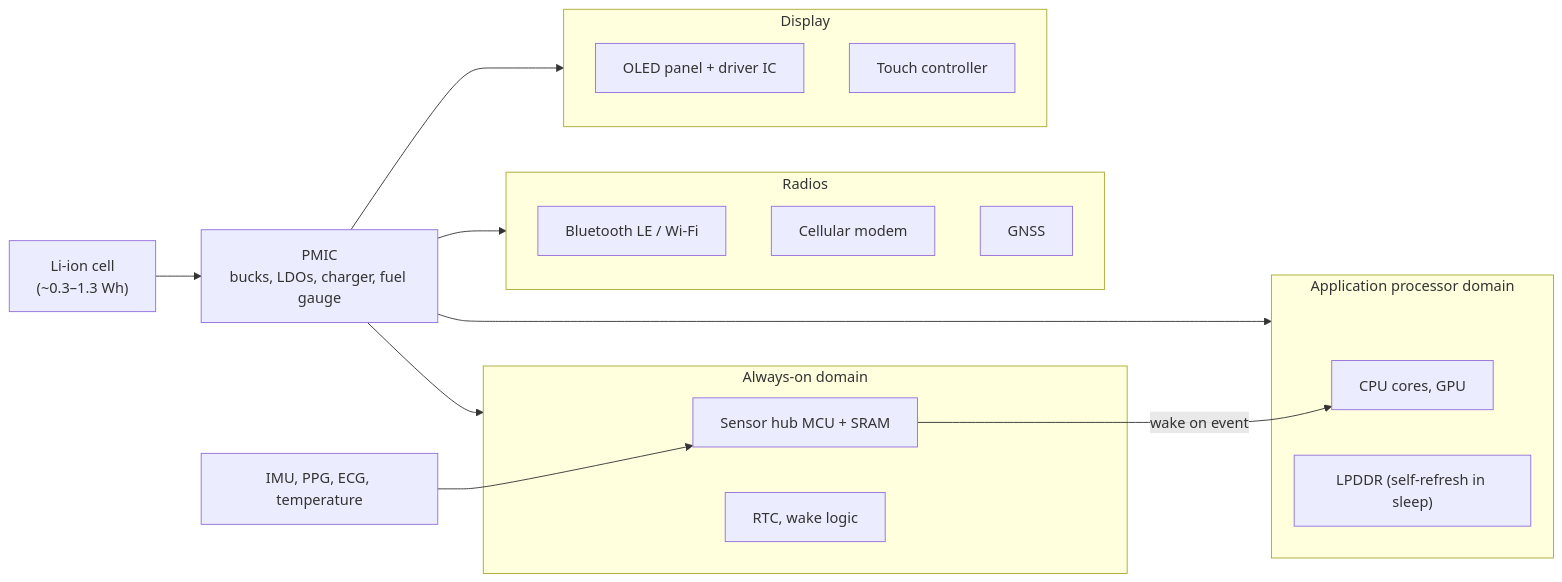
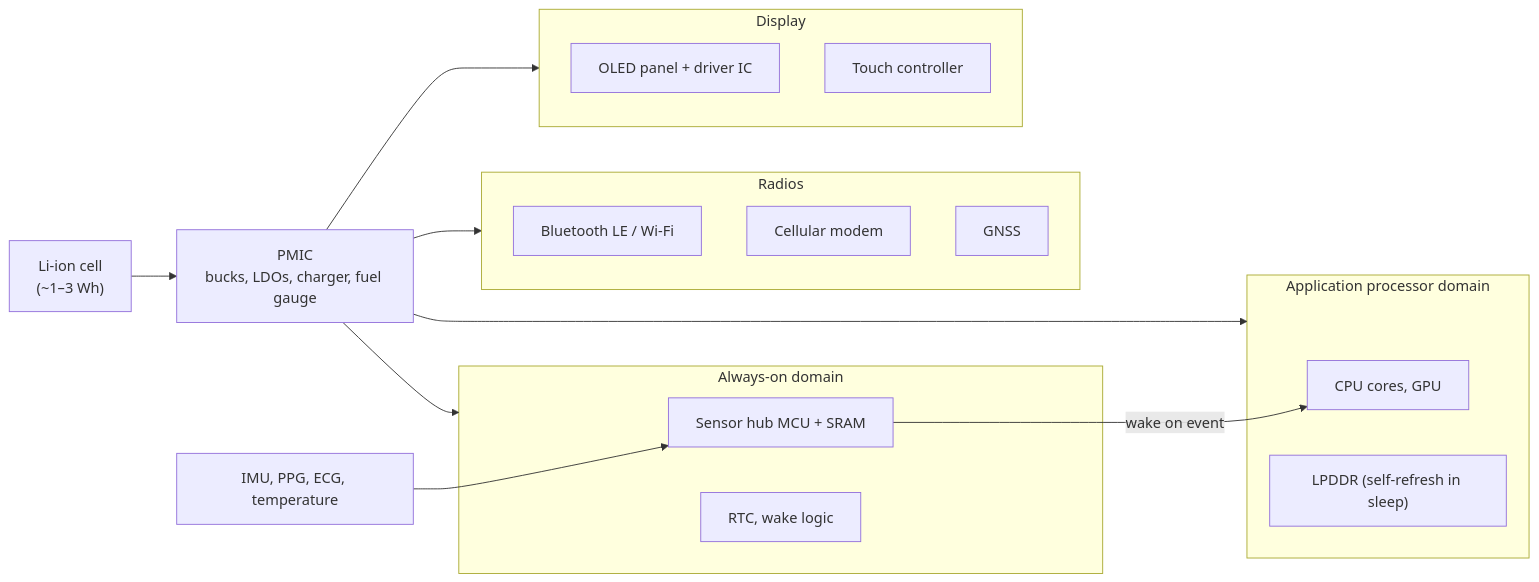
One commit to FrankHuang94/EE_database_claude changed the diagram in courses/27-system-architectures/chapters/27-03-wearables-smartwatch.md. Above: the diagram before and after it, drawn with Mermaid. The commit also changed other lines of this file and 22 other files, not shown here.

````diff
--- a/courses/27-system-architectures/chapters/27-03-wearables-smartwatch.md
+++ b/courses/27-system-architectures/chapters/27-03-wearables-smartwatch.md
@@ -36,27 +36,27 @@
 ```mermaid
 flowchart LR
-  BAT["Li-ion cell<br/>(~0.3–1.3 Wh)"] --> PMIC["PMIC<br/>bucks, LDOs, charger, fuel gauge"]
+  BAT["Li-ion cell<br/>(~1–3 Wh)"] --> PMIC["PMIC<br/>bucks, LDOs, charger, fuel gauge"]
   PMIC --> AP
   PMIC --> AON
   PMIC --> RF
   PMIC --> DISP
   subgraph AP["Application processor domain"]
     CPU["CPU cores, GPU"]
     DRAM["LPDDR (self-refresh in sleep)"]
   end
   subgraph AON["Always-on domain"]
     HUB["Sensor hub MCU + SRAM"]
     RTC["RTC, wake logic"]
   end
   subgraph RF["Radios"]
     BLE["Bluetooth LE / Wi-Fi"]
     CELL["Cellular modem"]
     GNSS["GNSS"]
   end
   subgraph DISP["Display"]
     OLED["OLED panel + driver IC"]
     TOUCH["Touch controller"]
   end
   SENS["IMU, PPG, ECG, temperature"] --> HUB
   HUB -- "wake on event" --> CPU
 ```
````
